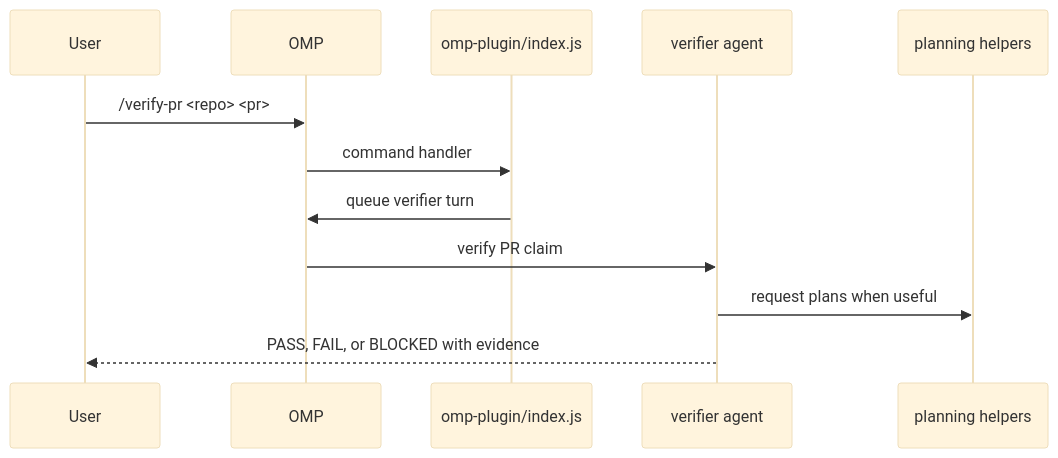
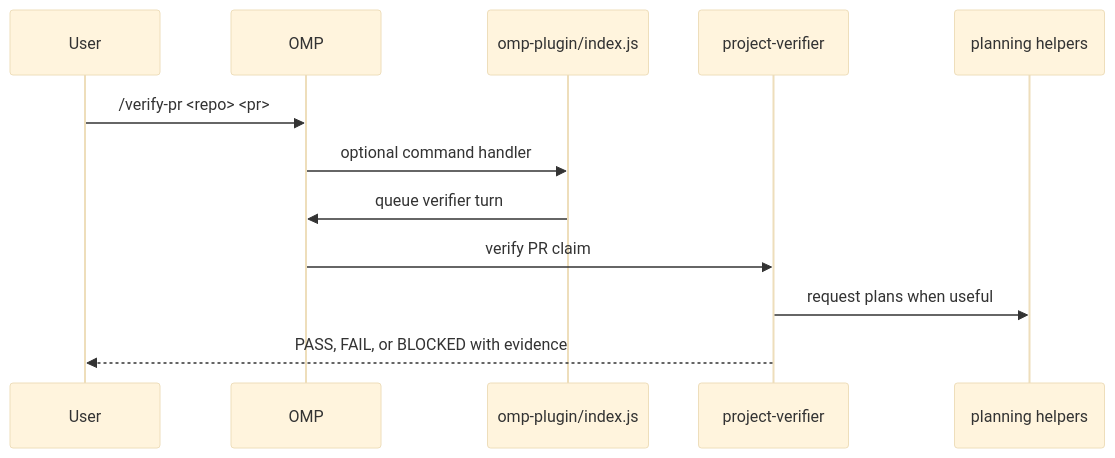
One commit to klondikemarlen/omp-verifier changed the second of 2 diagrams in CONCEPTS.md. Above: the diagram before and after it, drawn with Mermaid (base theme). The commit also changed other lines of this file and 4 other files, not shown here.

````diff
--- a/CONCEPTS.md
+++ b/CONCEPTS.md
@@ -36,15 +55,15 @@
 ```mermaid
 sequenceDiagram
   participant User
   participant OMP
   participant Plugin as omp-plugin/index.js
-  participant Agent as verifier agent
+  participant Agent as project-verifier
   participant Tools as planning helpers
 
   User->>OMP: /verify-pr <repo> <pr>
-  OMP->>Plugin: command handler
+  OMP->>Plugin: optional command handler
   Plugin->>OMP: queue verifier turn
   OMP->>Agent: verify PR claim
   Agent->>Tools: request plans when useful
   Agent-->>User: PASS, FAIL, or BLOCKED with evidence
 ```
````
